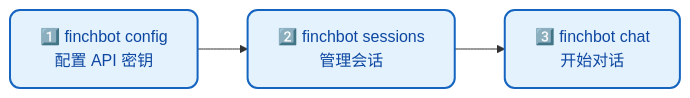
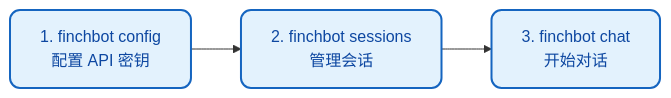
Before and after one commit to xt765/FinchBot: the first of 3 diagrams in docs/zh-CN/guide/usage.md, drawn with Mermaid. The commit also changed other lines of this file and 18 other files, not shown here.

First line of the commit message:
docs: 简化架构图并删除所有mermaid图中的表情包

````diff
--- a/docs/zh-CN/guide/usage.md
+++ b/docs/zh-CN/guide/usage.md
@@ -20,9 +20,7 @@
 ```mermaid
 flowchart LR
-    %% 样式定义
     classDef step fill:#e3f2fd,stroke:#1565c0,stroke-width:2px,color:#0d47a1,rx:10,ry:10;
-    classDef arrow fill:none,stroke:#1565c0,stroke-width:2px;
 
-    A["1️⃣ finchbot config<br/>配置 API 密钥"]:::step --> B["2️⃣ finchbot sessions<br/>管理会话"]:::step
-    B --> C["3️⃣ finchbot chat<br/>开始对话"]:::step
+    A["1. finchbot config<br/>配置 API 密钥"]:::step --> B["2. finchbot sessions<br/>管理会话"]:::step
+    B --> C["3. finchbot chat<br/>开始对话"]:::step
 ```
````
